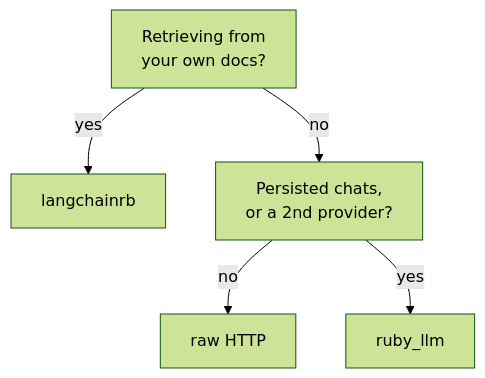
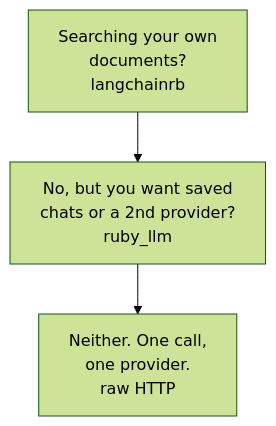
The diagram in content/blog/rubyllm-vs-langchainrb-rails-llm-stack/index.md (jetthoughts/jetthoughts.github.io), drawn with Mermaid (forest theme) before and after one commit. The commit also changed other lines of this file and 78 other files, not shown here.

First line of the commit message:
Corrections to #520: diagram below the floor, and 76 more descriptions (#521)

````diff
--- a/content/blog/rubyllm-vs-langchainrb-rails-llm-stack/index.md
+++ b/content/blog/rubyllm-vs-langchainrb-rails-llm-stack/index.md
@@ -26,7 +26,5 @@
 ```mermaid
 flowchart TD
-    A["Retrieving from<br/>your own docs?"] -->|yes| B["langchainrb"]
-    A -->|no| C["Persisted chats,<br/>or a 2nd provider?"]
-    C -->|no| D["raw HTTP"]
-    C -->|yes| E["ruby_llm"]
+    A["Searching your own<br/>documents?<br/>langchainrb"] --> B["No, but you want saved<br/>chats or a 2nd provider?<br/>ruby_llm"]
+    B --> C["Neither. One call,<br/>one provider.<br/>raw HTTP"]
 ```
````
